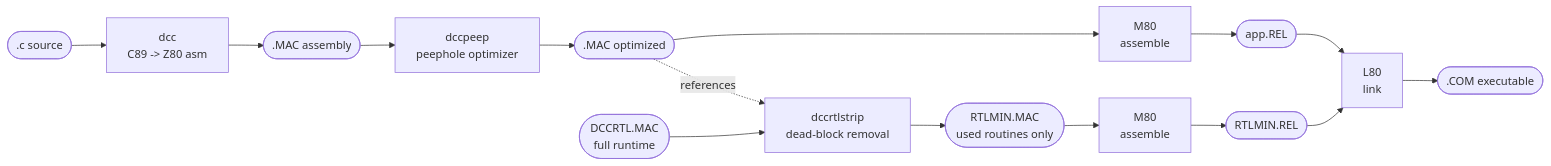
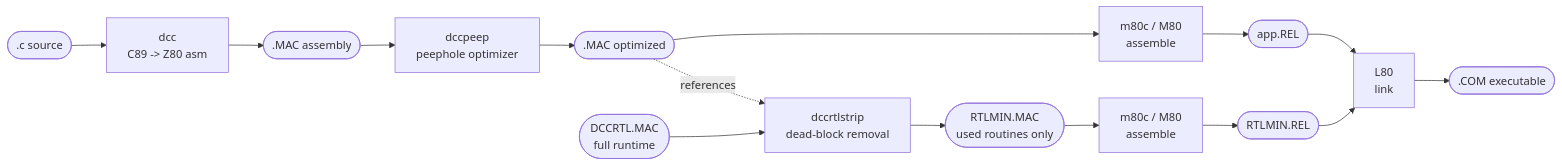
Before and after one commit to davidly/dcc: the first of 5 diagrams in docs/docs/en/appendix/00-architecture.md, drawn with Mermaid. The commit also changed other lines of this file and 1 other file, not shown here.

First line of the commit message:
docs: update compiler architecture and project workflow

````diff
--- a/docs/docs/en/appendix/00-architecture.md
+++ b/docs/docs/en/appendix/00-architecture.md
@@ -17,17 +17,17 @@
 ```mermaid
 flowchart LR
     SRC([".c source"]) --> DCC["dcc<br/>C89 -> Z80 asm"]
     DCC --> MAC([".MAC assembly"])
     MAC --> PEEP["dccpeep<br/>peephole optimizer"]
     PEEP --> MAC2([".MAC optimized"])
-    MAC2 --> M80A["M80<br/>assemble"]
+    MAC2 --> M80A["m80c / M80<br/>assemble"]
     RTL([" DCCRTL.MAC<br/>full runtime"]) --> STRIP["dccrtlstrip<br/>dead-block removal"]
     MAC2 -. references .-> STRIP
     STRIP --> RTLMIN([" RTLMIN.MAC<br/>used routines only"])
-    RTLMIN --> M80B["M80<br/>assemble"]
+    RTLMIN --> M80B["m80c / M80<br/>assemble"]
     M80A --> REL([" app.REL"])
     M80B --> RRTL([" RTLMIN.REL"])
     REL --> L80["L80<br/>link"]
     RRTL --> L80
     L80 --> COM([".COM executable"])
 ```
````
